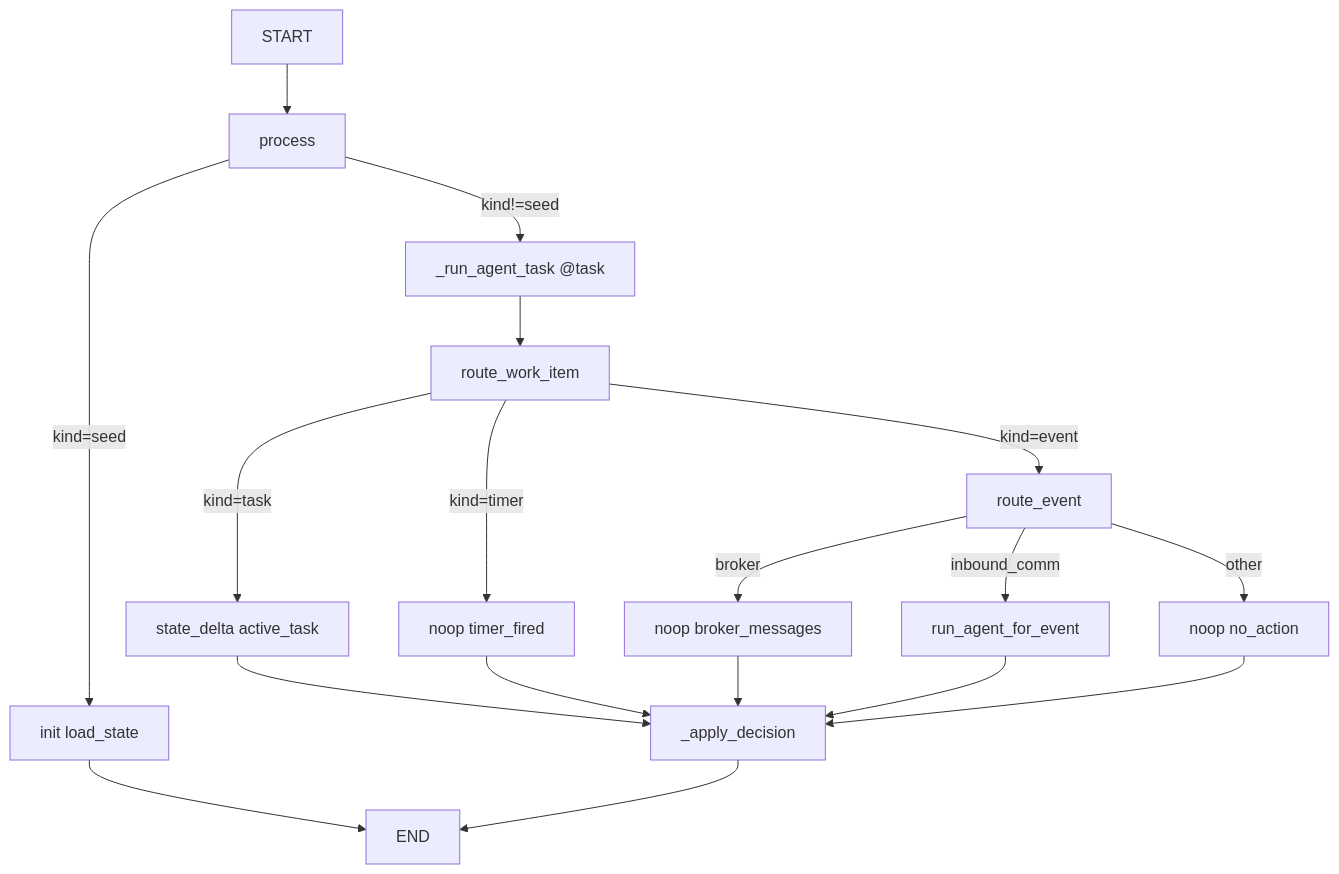
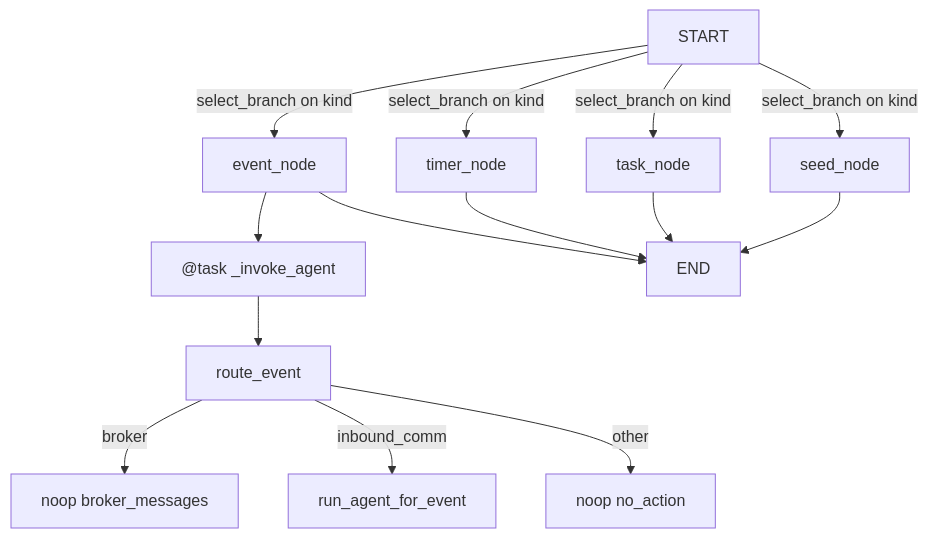
One commit to agualbbus/fh-challenge changed the second of 3 diagrams in app/worker/CLAUDE.md. Above: the diagram before and after it, drawn with Mermaid. The commit also changed other lines of this file and 6 other files, not shown here.

First line of the commit message:
Implement agent architecture and update documentation

````diff
--- a/app/worker/CLAUDE.md
+++ b/app/worker/CLAUDE.md
@@ -71,20 +75,16 @@
 ```mermaid
 flowchart TD
-    START --> process
-    process -->|"kind=seed"| initLoad["init load_state"]
-    process -->|"kind!=seed"| agentTask["_run_agent_task @task"]
-    agentTask --> route["route_work_item"]
-    route -->|"kind=task"| taskBranch["state_delta active_task"]
-    route -->|"kind=timer"| timerBranch["noop timer_fired"]
-    route -->|"kind=event"| routeEvent["route_event"]
-    routeEvent -->|"broker"| brokerNoop["noop broker_messages"]
-    routeEvent -->|"inbound_comm"| agent["run_agent_for_event"]
-    routeEvent -->|"other"| eventNoop["noop no_action"]
-    agent --> merge["_apply_decision"]
-    taskBranch --> merge
-    brokerNoop --> merge
-    timerBranch --> merge
-    eventNoop --> merge
-    initLoad --> END
-    merge --> END
+    START -->|select_branch on kind| seed["seed_node"]
+    START -->|select_branch on kind| taskN["task_node"]
+    START -->|select_branch on kind| timer["timer_node"]
+    START -->|select_branch on kind| event["event_node"]
+    event --> invoke["@task _invoke_agent"]
+    invoke --> route["route_event"]
+    route -->|"broker"| brokerNoop["noop broker_messages"]
+    route -->|"inbound_comm"| agent["run_agent_for_event"]
+    route -->|"other"| eventNoop["noop no_action"]
+    seed --> END
+    taskN --> END
+    timer --> END
+    event --> END
 ```
````
